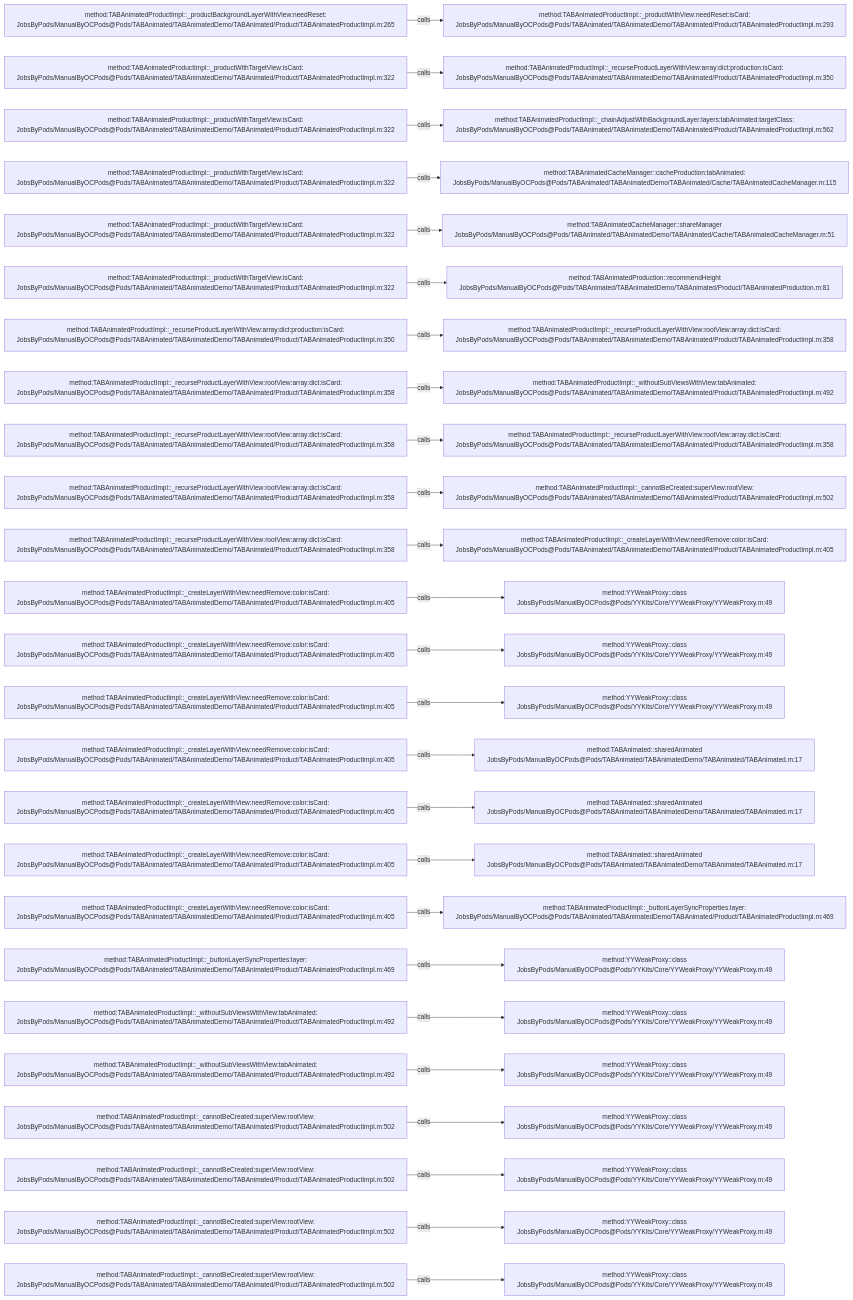
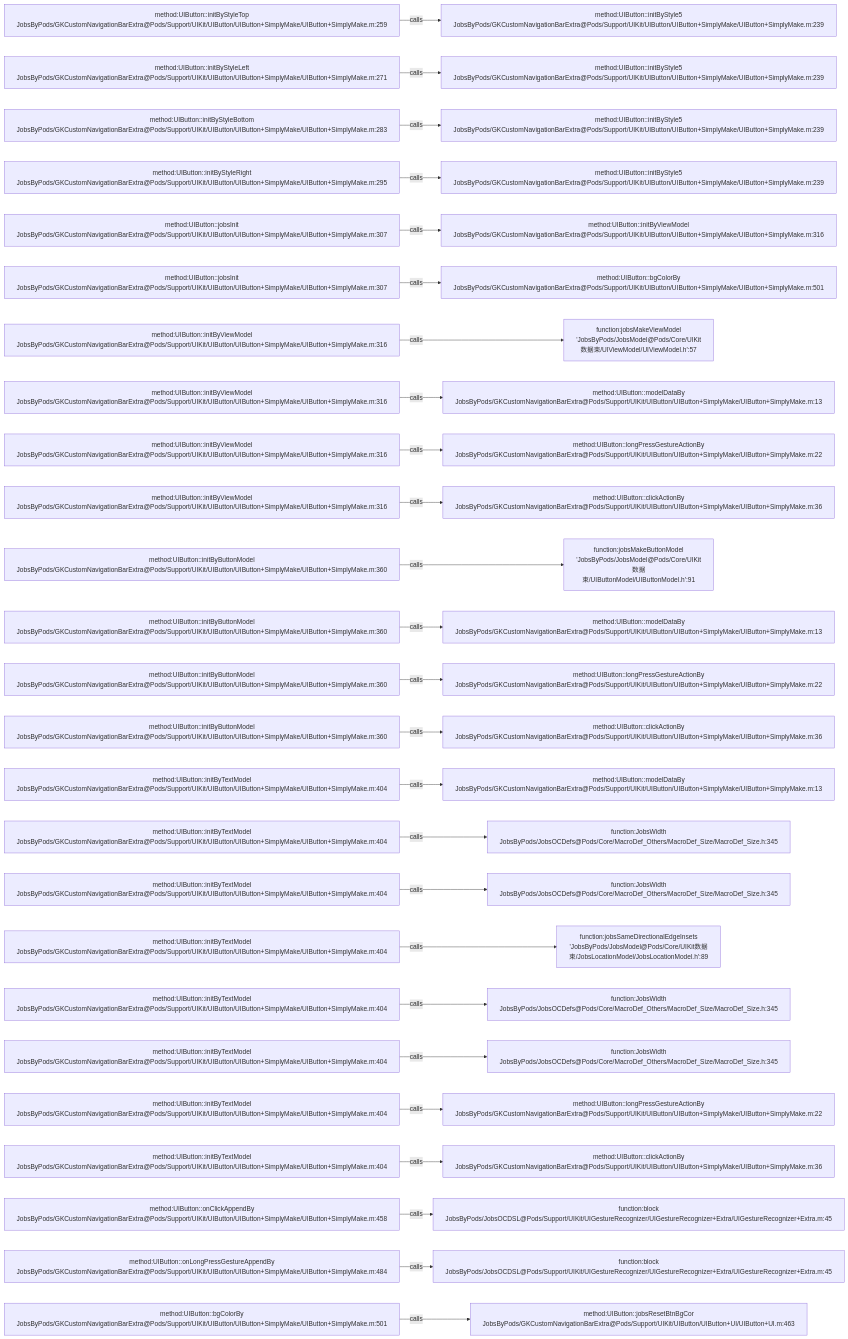
The diagram in .codegraph/codegraph.md/graphs/calls-024.md (JobsKits/JobsOCBaseConfigDemo), drawn with Mermaid before and after one commit. The commit also changed 768 other files, not shown here.

````diff
--- a/.codegraph/codegraph.md/graphs/calls-024.md
+++ b/.codegraph/codegraph.md/graphs/calls-024.md
@@ -13,78 +13,78 @@
 ```mermaid
 flowchart LR
-  S1["method:TABAnimatedProductImpl::_productBackgroundLayerWithView:needReset:<br/>JobsByPods/ManualByOCPods@Pods/TABAnimated/TABAnimatedDemo/TABAnimated/Product/TABAnimatedProductImpl.m:265"]
-  T1["method:TABAnimatedProductImpl::_productWithView:needReset:isCard:<br/>JobsByPods/ManualByOCPods@Pods/TABAnimated/TABAnimatedDemo/TABAnimated/Product/TABAnimatedProductImpl.m:293"]
+  S1["method:UIButton::initByStyleTop<br/>JobsByPods/GKCustomNavigationBarExtra@Pods/Support/UIKit/UIButton/UIButton+SimplyMake/UIButton+SimplyMake.m:259"]
+  T1["method:UIButton::initByStyle5<br/>JobsByPods/GKCustomNavigationBarExtra@Pods/Support/UIKit/UIButton/UIButton+SimplyMake/UIButton+SimplyMake.m:239"]
   S1 -->|calls| T1
-  S2["method:TABAnimatedProductImpl::_productWithTargetView:isCard:<br/>JobsByPods/ManualByOCPods@Pods/TABAnimated/TABAnimatedDemo/TABAnimated/Product/TABAnimatedProductImpl.m:322"]
-  T2["method:TABAnimatedProductImpl::_recurseProductLayerWithView:array:dict:production:isCard:<br/>JobsByPods/ManualByOCPods@Pods/TABAnimated/TABAnimatedDemo/TABAnimated/Product/TABAnimatedProductImpl.m:350"]
+  S2["method:UIButton::initByStyleLeft<br/>JobsByPods/GKCustomNavigationBarExtra@Pods/Support/UIKit/UIButton/UIButton+SimplyMake/UIButton+SimplyMake.m:271"]
+  T2["method:UIButton::initByStyle5<br/>JobsByPods/GKCustomNavigationBarExtra@Pods/Support/UIKit/UIButton/UIButton+SimplyMake/UIButton+SimplyMake.m:239"]
   S2 -->|calls| T2
-  S3["method:TABAnimatedProductImpl::_productWithTargetView:isCard:<br/>JobsByPods/ManualByOCPods@Pods/TABAnimated/TABAnimatedDemo/TABAnimated/Product/TABAnimatedProductImpl.m:322"]
-  T3["method:TABAnimatedProductImpl::_chainAdjustWithBackgroundLayer:layers:tabAnimated:targetClass:<br/>JobsByPods/ManualByOCPods@Pods/TABAnimated/TABAnimatedDemo/TABAnimated/Product/TABAnimatedProductImpl.m:562"]
+  S3["method:UIButton::initByStyleBottom<br/>JobsByPods/GKCustomNavigationBarExtra@Pods/Support/UIKit/UIButton/UIButton+SimplyMake/UIButton+SimplyMake.m:283"]
+  T3["method:UIButton::initByStyle5<br/>JobsByPods/GKCustomNavigationBarExtra@Pods/Support/UIKit/UIButton/UIButton+SimplyMake/UIButton+SimplyMake.m:239"]
   S3 -->|calls| T3
-  S4["method:TABAnimatedProductImpl::_productWithTargetView:isCard:<br/>JobsByPods/ManualByOCPods@Pods/TABAnimated/TABAnimatedDemo/TABAnimated/Product/TABAnimatedProductImpl.m:322"]
-  T4["method:TABAnimatedCacheManager::cacheProduction:tabAnimated:<br/>JobsByPods/ManualByOCPods@Pods/TABAnimated/TABAnimatedDemo/TABAnimated/Cache/TABAnimatedCacheManager.m:115"]
+  S4["method:UIButton::initByStyleRight<br/>JobsByPods/GKCustomNavigationBarExtra@Pods/Support/UIKit/UIButton/UIButton+SimplyMake/UIButton+SimplyMake.m:295"]
+  T4["method:UIButton::initByStyle5<br/>JobsByPods/GKCustomNavigationBarExtra@Pods/Support/UIKit/UIButton/UIButton+SimplyMake/UIButton+SimplyMake.m:239"]
   S4 -->|calls| T4
-  S5["method:TABAnimatedProductImpl::_productWithTargetView:isCard:<br/>JobsByPods/ManualByOCPods@Pods/TABAnimated/TABAnimatedDemo/TABAnimated/Product/TABAnimatedProductImpl.m:322"]
-  T5["method:TABAnimatedCacheManager::shareManager<br/>JobsByPods/ManualByOCPods@Pods/TABAnimated/TABAnimatedDemo/TABAnimated/Cache/TABAnimatedCacheManager.m:51"]
+  S5["method:UIButton::jobsInit<br/>JobsByPods/GKCustomNavigationBarExtra@Pods/Support/UIKit/UIButton/UIButton+SimplyMake/UIButton+SimplyMake.m:307"]
+  T5["method:UIButton::initByViewModel<br/>JobsByPods/GKCustomNavigationBarExtra@Pods/Support/UIKit/UIButton/UIButton+SimplyMake/UIButton+SimplyMake.m:316"]
   S5 -->|calls| T5
-  S6["method:TABAnimatedProductImpl::_productWithTargetView:isCard:<br/>JobsByPods/ManualByOCPods@Pods/TABAnimated/TABAnimatedDemo/TABAnimated/Product/TABAnimatedProductImpl.m:322"]
-  T6["method:TABAnimatedProduction::recommendHeight<br/>JobsByPods/ManualByOCPods@Pods/TABAnimated/TABAnimatedDemo/TABAnimated/Product/TABAnimatedProduction.m:81"]
+  S6["method:UIButton::jobsInit<br/>JobsByPods/GKCustomNavigationBarExtra@Pods/Support/UIKit/UIButton/UIButton+SimplyMake/UIButton+SimplyMake.m:307"]
+  T6["method:UIButton::bgColorBy<br/>JobsByPods/GKCustomNavigationBarExtra@Pods/Support/UIKit/UIButton/UIButton+SimplyMake/UIButton+SimplyMake.m:501"]
   S6 -->|calls| T6
-  S7["method:TABAnimatedProductImpl::_recurseProductLayerWithView:array:dict:production:isCard:<br/>JobsByPods/ManualByOCPods@Pods/TABAnimated/TABAnimatedDemo/TABAnimated/Product/TABAnimatedProductImpl.m:350"]
-  T7["method:TABAnimatedProductImpl::_recurseProductLayerWithView:rootView:array:dict:isCard:<br/>JobsByPods/ManualByOCPods@Pods/TABAnimated/TABAnimatedDemo/TABAnimated/Product/TABAnimatedProductImpl.m:358"]
+  S7["method:UIButton::initByViewModel<br/>JobsByPods/GKCustomNavigationBarExtra@Pods/Support/UIKit/UIButton/UIButton+SimplyMake/UIButton+SimplyMake.m:316"]
+  T7["function:jobsMakeViewModel<br/>'JobsByPods/JobsModel@Pods/Core/UIKit数据束/UIViewModel/UIViewModel.h':57"]
   S7 -->|calls| T7
-  S8["method:TABAnimatedProductImpl::_recurseProductLayerWithView:rootView:array:dict:isCard:<br/>JobsByPods/ManualByOCPods@Pods/TABAnimated/TABAnimatedDemo/TABAnimated/Product/TABAnimatedProductImpl.m:358"]
-  T8["method:TABAnimatedProductImpl::_withoutSubViewsWithView:tabAnimated:<br/>JobsByPods/ManualByOCPods@Pods/TABAnimated/TABAnimatedDemo/TABAnimated/Product/TABAnimatedProductImpl.m:492"]
+  S8["method:UIButton::initByViewModel<br/>JobsByPods/GKCustomNavigationBarExtra@Pods/Support/UIKit/UIButton/UIButton+SimplyMake/UIButton+SimplyMake.m:316"]
+  T8["method:UIButton::modelDataBy<br/>JobsByPods/GKCustomNavigationBarExtra@Pods/Support/UIKit/UIButton/UIButton+SimplyMake/UIButton+SimplyMake.m:13"]
   S8 -->|calls| T8
-  S9["method:TABAnimatedProductImpl::_recurseProductLayerWithView:rootView:array:dict:isCard:<br/>JobsByPods/ManualByOCPods@Pods/TABAnimated/TABAnimatedDemo/TABAnimated/Product/TABAnimatedProductImpl.m:358"]
-  T9["method:TABAnimatedProductImpl::_recurseProductLayerWithView:rootView:array:dict:isCard:<br/>JobsByPods/ManualByOCPods@Pods/TABAnimated/TABAnimatedDemo/TABAnimated/Product/TABAnimatedProductImpl.m:358"]
+  S9["method:UIButton::initByViewModel<br/>JobsByPods/GKCustomNavigationBarExtra@Pods/Support/UIKit/UIButton/UIButton+SimplyMake/UIButton+SimplyMake.m:316"]
+  T9["method:UIButton::longPressGestureActionBy<br/>JobsByPods/GKCustomNavigationBarExtra@Pods/Support/UIKit/UIButton/UIButton+SimplyMake/UIButton+SimplyMake.m:22"]
   S9 -->|calls| T9
-  S10["method:TABAnimatedProductImpl::_recurseProductLayerWithView:rootView:array:dict:isCard:<br/>JobsByPods/ManualByOCPods@Pods/TABAnimated/TABAnimatedDemo/TABAnimated/Product/TABAnimatedProductImpl.m:358"]
-  T10["method:TABAnimatedProductImpl::_cannotBeCreated:superView:rootView:<br/>JobsByPods/ManualByOCPods@Pods/TABAnimated/TABAnimatedDemo/TABAnimated/Product/TABAnimatedProductImpl.m:502"]
+  S10["method:UIButton::initByViewModel<br/>JobsByPods/GKCustomNavigationBarExtra@Pods/Support/UIKit/UIButton/UIButton+SimplyMake/UIButton+SimplyMake.m:316"]
+  T10["method:UIButton::clickActionBy<br/>JobsByPods/GKCustomNavigationBarExtra@Pods/Support/UIKit/UIButton/UIButton+SimplyMake/UIButton+SimplyMake.m:36"]
   S10 -->|calls| T10
-  S11["method:TABAnimatedProductImpl::_recurseProductLayerWithView:rootView:array:dict:isCard:<br/>JobsByPods/ManualByOCPods@Pods/TABAnimated/TABAnimatedDemo/TABAnimated/Product/TABAnimatedProductImpl.m:358"]
-  T11["method:TABAnimatedProductImpl::_createLayerWithView:needRemove:color:isCard:<br/>JobsByPods/ManualByOCPods@Pods/TABAnimated/TABAnimatedDemo/TABAnimated/Product/TABAnimatedProductImpl.m:405"]
+  S11["method:UIButton::initByButtonModel<br/>JobsByPods/GKCustomNavigationBarExtra@Pods/Support/UIKit/UIButton/UIButton+SimplyMake/UIButton+SimplyMake.m:360"]
+  T11["function:jobsMakeButtonModel<br/>'JobsByPods/JobsModel@Pods/Core/UIKit数据束/UIButtonModel/UIButtonModel.h':91"]
   S11 -->|calls| T11
-  S12["method:TABAnimatedProductImpl::_createLayerWithView:needRemove:color:isCard:<br/>JobsByPods/ManualByOCPods@Pods/TABAnimated/TABAnimatedDemo/TABAnimated/Product/TABAnimatedProductImpl.m:405"]
-  T12["method:YYWeakProxy::class<br/>JobsByPods/ManualByOCPods@Pods/YYKits/Core/YYWeakProxy/YYWeakProxy.m:49"]
+  S12["method:UIButton::initByButtonModel<br/>JobsByPods/GKCustomNavigationBarExtra@Pods/Support/UIKit/UIButton/UIButton+SimplyMake/UIButton+SimplyMake.m:360"]
+  T12["method:UIButton::modelDataBy<br/>JobsByPods/GKCustomNavigationBarExtra@Pods/Support/UIKit/UIButton/UIButton+SimplyMake/UIButton+SimplyMake.m:13"]
   S12 -->|calls| T12
-  S13["method:TABAnimatedProductImpl::_createLayerWithView:needRemove:color:isCard:<br/>JobsByPods/ManualByOCPods@Pods/TABAnimated/TABAnimatedDemo/TABAnimated/Product/TABAnimatedProductImpl.m:405"]
-  T13["method:YYWeakProxy::class<br/>JobsByPods/ManualByOCPods@Pods/YYKits/Core/YYWeakProxy/YYWeakProxy.m:49"]
+  S13["method:UIButton::initByButtonModel<br/>JobsByPods/GKCustomNavigationBarExtra@Pods/Support/UIKit/UIButton/UIButton+SimplyMake/UIButton+SimplyMake.m:360"]
+  T13["method:UIButton::longPressGestureActionBy<br/>JobsByPods/GKCustomNavigationBarExtra@Pods/Support/UIKit/UIButton/UIButton+SimplyMake/UIButton+SimplyMake.m:22"]
   S13 -->|calls| T13
-  S14["method:TABAnimatedProductImpl::_createLayerWithView:needRemove:color:isCard:<br/>JobsByPods/ManualByOCPods@Pods/TABAnimated/TABAnimatedDemo/TABAnimated/Product/TABAnimatedProductImpl.m:405"]
-  T14["method:YYWeakProxy::class<br/>JobsByPods/ManualByOCPods@Pods/YYKits/Core/YYWeakProxy/YYWeakProxy.m:49"]
+  S14["method:UIButton::initByButtonModel<br/>JobsByPods/GKCustomNavigationBarExtra@Pods/Support/UIKit/UIButton/UIButton+SimplyMake/UIButton+SimplyMake.m:360"]
+  T14["method:UIButton::clickActionBy<br/>JobsByPods/GKCustomNavigationBarExtra@Pods/Support/UIKit/UIButton/UIButton+SimplyMake/UIButton+SimplyMake.m:36"]
   S14 -->|calls| T14
-  S15["method:TABAnimatedProductImpl::_createLayerWithView:needRemove:color:isCard:<br/>JobsByPods/ManualByOCPods@Pods/TABAnimated/TABAnimatedDemo/TABAnimated/Product/TABAnimatedProductImpl.m:405"]
-  T15["method:TABAnimated::sharedAnimated<br/>JobsByPods/ManualByOCPods@Pods/TABAnimated/TABAnimatedDemo/TABAnimated/TABAnimated.m:17"]
+  S15["method:UIButton::initByTextModel<br/>JobsByPods/GKCustomNavigationBarExtra@Pods/Support/UIKit/UIButton/UIButton+SimplyMake/UIButton+SimplyMake.m:404"]
+  T15["method:UIButton::modelDataBy<br/>JobsByPods/GKCustomNavigationBarExtra@Pods/Support/UIKit/UIButton/UIButton+SimplyMake/UIButton+SimplyMake.m:13"]
   S15 -->|calls| T15
-  S16["method:TABAnimatedProductImpl::_createLayerWithView:needRemove:color:isCard:<br/>JobsByPods/ManualByOCPods@Pods/TABAnimated/TABAnimatedDemo/TABAnimated/Product/TABAnimatedProductImpl.m:405"]
-  T16["method:TABAnimated::sharedAnimated<br/>JobsByPods/ManualByOCPods@Pods/TABAnimated/TABAnimatedDemo/TABAnimated/TABAnimated.m:17"]
+  S16["method:UIButton::initByTextModel<br/>JobsByPods/GKCustomNavigationBarExtra@Pods/Support/UIKit/UIButton/UIButton+SimplyMake/UIButton+SimplyMake.m:404"]
+  T16["function:JobsWidth<br/>JobsByPods/JobsOCDefs@Pods/Core/MacroDef_Others/MacroDef_Size/MacroDef_Size.h:345"]
   S16 -->|calls| T16
-  S17["method:TABAnimatedProductImpl::_createLayerWithView:needRemove:color:isCard:<br/>JobsByPods/ManualByOCPods@Pods/TABAnimated/TABAnimatedDemo/TABAnimated/Product/TABAnimatedProductImpl.m:405"]
-  T17["method:TABAnimated::sharedAnimated<br/>JobsByPods/ManualByOCPods@Pods/TABAnimated/TABAnimatedDemo/TABAnimated/TABAnimated.m:17"]
+  S17["method:UIButton::initByTextModel<br/>JobsByPods/GKCustomNavigationBarExtra@Pods/Support/UIKit/UIButton/UIButton+SimplyMake/UIButton+SimplyMake.m:404"]
+  T17["function:JobsWidth<br/>JobsByPods/JobsOCDefs@Pods/Core/MacroDef_Others/MacroDef_Size/MacroDef_Size.h:345"]
   S17 -->|calls| T17
-  S18["method:TABAnimatedProductImpl::_createLayerWithView:needRemove:color:isCard:<br/>JobsByPods/ManualByOCPods@Pods/TABAnimated/TABAnimatedDemo/TABAnimated/Product/TABAnimatedProductImpl.m:405"]
-  T18["method:TABAnimatedProductImpl::_buttonLayerSyncProperties:layer:<br/>JobsByPods/ManualByOCPods@Pods/TABAnimated/TABAnimatedDemo/TABAnimated/Product/TABAnimatedProductImpl.m:469"]
+  S18["method:UIButton::initByTextModel<br/>JobsByPods/GKCustomNavigationBarExtra@Pods/Support/UIKit/UIButton/UIButton+SimplyMake/UIButton+SimplyMake.m:404"]
+  T18["function:jobsSameDirectionalEdgeInsets<br/>'JobsByPods/JobsModel@Pods/Core/UIKit数据束/JobsLocationModel/JobsLocationModel.h':89"]
   S18 -->|calls| T18
-  S19["method:TABAnimatedProductImpl::_buttonLayerSyncProperties:layer:<br/>JobsByPods/ManualByOCPods@Pods/TABAnimated/TABAnimatedDemo/TABAnimated/Product/TABAnimatedProductImpl.m:469"]
-  T19["method:YYWeakProxy::class<br/>JobsByPods/ManualByOCPods@Pods/YYKits/Core/YYWeakProxy/YYWeakProxy.m:49"]
+  S19["method:UIButton::initByTextModel<br/>JobsByPods/GKCustomNavigationBarExtra@Pods/Support/UIKit/UIButton/UIButton+SimplyMake/UIButton+SimplyMake.m:404"]
+  T19["function:JobsWidth<br/>JobsByPods/JobsOCDefs@Pods/Core/MacroDef_Others/MacroDef_Size/MacroDef_Size.h:345"]
   S19 -->|calls| T19
-  S20["method:TABAnimatedProductImpl::_withoutSubViewsWithView:tabAnimated:<br/>JobsByPods/ManualByOCPods@Pods/TABAnimated/TABAnimatedDemo/TABAnimated/Product/TABAnimatedProductImpl.m:492"]
-  T20["method:YYWeakProxy::class<br/>JobsByPods/ManualByOCPods@Pods/YYKits/Core/YYWeakProxy/YYWeakProxy.m:49"]
+  S20["method:UIButton::initByTextModel<br/>JobsByPods/GKCustomNavigationBarExtra@Pods/Support/UIKit/UIButton/UIButton+SimplyMake/UIButton+SimplyMake.m:404"]
+  T20["function:JobsWidth<br/>JobsByPods/JobsOCDefs@Pods/Core/MacroDef_Others/MacroDef_Size/MacroDef_Size.h:345"]
   S20 -->|calls| T20
-  S21["method:TABAnimatedProductImpl::_withoutSubViewsWithView:tabAnimated:<br/>JobsByPods/ManualByOCPods@Pods/TABAnimated/TABAnimatedDemo/TABAnimated/Product/TABAnimatedProductImpl.m:492"]
-  T21["method:YYWeakProxy::class<br/>JobsByPods/ManualByOCPods@Pods/YYKits/Core/YYWeakProxy/YYWeakProxy.m:49"]
+  S21["method:UIButton::initByTextModel<br/>JobsByPods/GKCustomNavigationBarExtra@Pods/Support/UIKit/UIButton/UIButton+SimplyMake/UIButton+SimplyMake.m:404"]
+  T21["method:UIButton::longPressGestureActionBy<br/>JobsByPods/GKCustomNavigationBarExtra@Pods/Support/UIKit/UIButton/UIButton+SimplyMake/UIButton+SimplyMake.m:22"]
   S21 -->|calls| T21
-  S22["method:TABAnimatedProductImpl::_cannotBeCreated:superView:rootView:<br/>JobsByPods/ManualByOCPods@Pods/TABAnimated/TABAnimatedDemo/TABAnimated/Product/TABAnimatedProductImpl.m:502"]
-  T22["method:YYWeakProxy::class<br/>JobsByPods/ManualByOCPods@Pods/YYKits/Core/YYWeakProxy/YYWeakProxy.m:49"]
+  S22["method:UIButton::initByTextModel<br/>JobsByPods/GKCustomNavigationBarExtra@Pods/Support/UIKit/UIButton/UIButton+SimplyMake/UIButton+SimplyMake.m:404"]
+  T22["method:UIButton::clickActionBy<br/>JobsByPods/GKCustomNavigationBarExtra@Pods/Support/UIKit/UIButton/UIButton+SimplyMake/UIButton+SimplyMake.m:36"]
   S22 -->|calls| T22
-  S23["method:TABAnimatedProductImpl::_cannotBeCreated:superView:rootView:<br/>JobsByPods/ManualByOCPods@Pods/TABAnimated/TABAnimatedDemo/TABAnimated/Product/TABAnimatedProductImpl.m:502"]
-  T23["method:YYWeakProxy::class<br/>JobsByPods/ManualByOCPods@Pods/YYKits/Core/YYWeakProxy/YYWeakProxy.m:49"]
+  S23["method:UIButton::onClickAppendBy<br/>JobsByPods/GKCustomNavigationBarExtra@Pods/Support/UIKit/UIButton/UIButton+SimplyMake/UIButton+SimplyMake.m:458"]
+  T23["function:block<br/>JobsByPods/JobsOCDSL@Pods/Support/UIKit/UIGestureRecognizer/UIGestureRecognizer+Extra/UIGestureRecognizer+Extra.m:45"]
   S23 -->|calls| T23
-  S24["method:TABAnimatedProductImpl::_cannotBeCreated:superView:rootView:<br/>JobsByPods/ManualByOCPods@Pods/TABAnimated/TABAnimatedDemo/TABAnimated/Product/TABAnimatedProductImpl.m:502"]
-  T24["method:YYWeakProxy::class<br/>JobsByPods/ManualByOCPods@Pods/YYKits/Core/YYWeakProxy/YYWeakProxy.m:49"]
+  S24["method:UIButton::onLongPressGestureAppendBy<br/>JobsByPods/GKCustomNavigationBarExtra@Pods/Support/UIKit/UIButton/UIButton+SimplyMake/UIButton+SimplyMake.m:484"]
+  T24["function:block<br/>JobsByPods/JobsOCDSL@Pods/Support/UIKit/UIGestureRecognizer/UIGestureRecognizer+Extra/UIGestureRecognizer+Extra.m:45"]
   S24 -->|calls| T24
-  S25["method:TABAnimatedProductImpl::_cannotBeCreated:superView:rootView:<br/>JobsByPods/ManualByOCPods@Pods/TABAnimated/TABAnimatedDemo/TABAnimated/Product/TABAnimatedProductImpl.m:502"]
-  T25["method:YYWeakProxy::class<br/>JobsByPods/ManualByOCPods@Pods/YYKits/Core/YYWeakProxy/YYWeakProxy.m:49"]
+  S25["method:UIButton::bgColorBy<br/>JobsByPods/GKCustomNavigationBarExtra@Pods/Support/UIKit/UIButton/UIButton+SimplyMake/UIButton+SimplyMake.m:501"]
+  T25["method:UIButton::jobsResetBtnBgCor<br/>JobsByPods/GKCustomNavigationBarExtra@Pods/Support/UIKit/UIButton/UIButton+UI/UIButton+UI.m:463"]
   S25 -->|calls| T25
 ```
````
